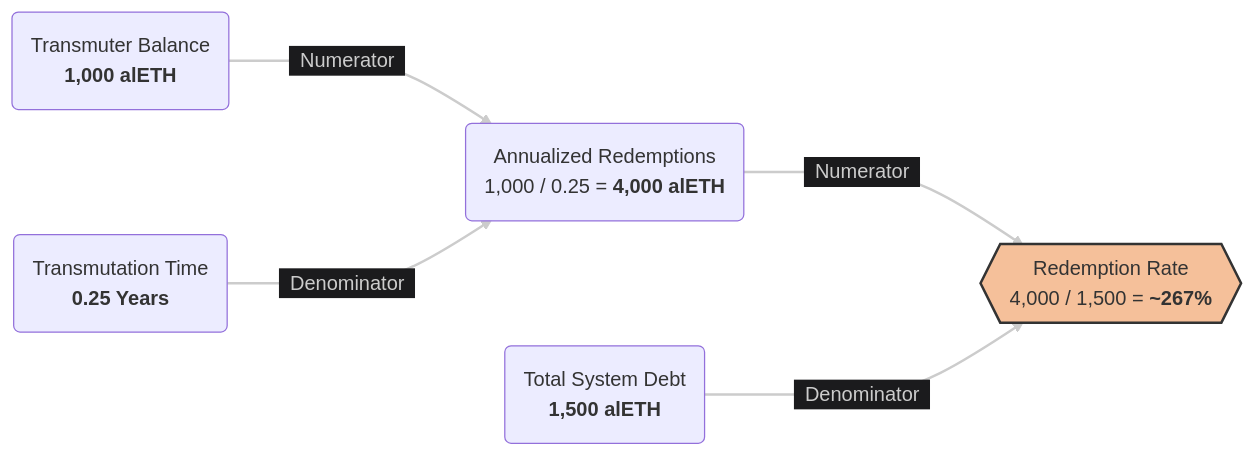
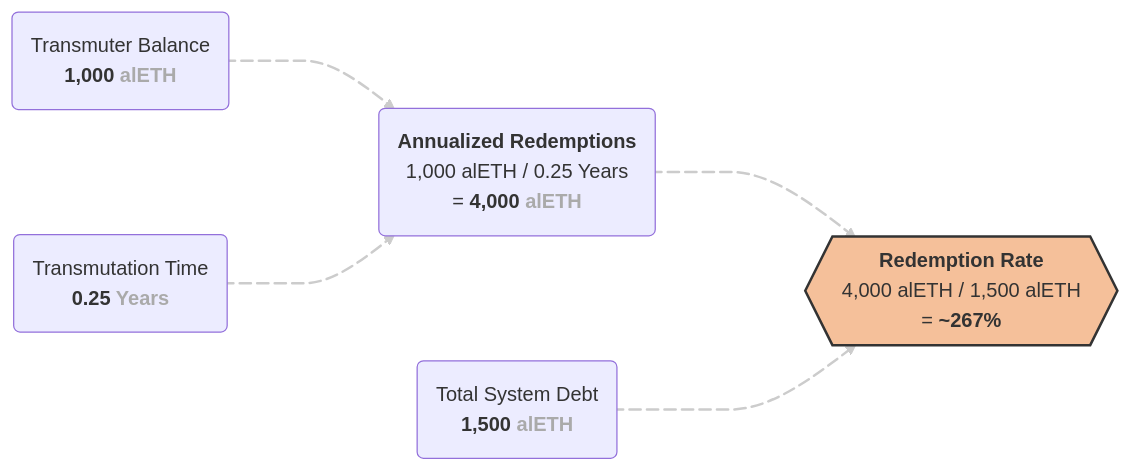
Before and after one commit to alchemix-finance/alchemix-v3-docs: the second of 3 diagrams in docs/user/concepts/redemption-rate.md, drawn with Mermaid. The commit also changed other lines of this file and 8 other files, not shown here.

````diff
--- a/docs/user/concepts/redemption-rate.md
+++ b/docs/user/concepts/redemption-rate.md
@@ -81,27 +77,31 @@
 ```mermaid
 %%{init: {
-  'themeVariables': { 'fontFamily': 'Montserrat', 'edgeLabelBackground':'#1b1b1d',     'tertiaryColor': '#1b1b1d' },
+  'themeVariables': { 'fontFamily': 'Montserrat'},
   'flowchart': {
       'curve': 'monotoneX',
       'nodeSpacing': 100,
-      'rankSpacing': 80
+      'rankSpacing': 120
   }
 }}%%
 flowchart LR
     %% Nodes
-    A(Transmuter Balance<br/><b>1,000 alETH</b>)
-    B(Transmutation Time<br/><b>0.25 Years</b>)
-    C(Total System Debt<br/><b>1,500 alETH</b>)
-    D(Annualized Redemptions<br/>1,000 / 0.25 = <b>4,000 alETH</b>)
-    E{{Redemption Rate<br/>4,000 / 1,500 = <b>~267%</b>}}
+    A(Transmuter Balance<br/><b>1,000 <span style='color:#aaa'>alETH</span></b>)
+    B(Transmutation Time<br/><b>0.25 <span style='color:#aaa'>Years</span></b>)
+    C(Total System Debt<br/><b>1,500 <span style='color:#aaa'>alETH</span></b>)
+    D(<b>Annualized Redemptions</b><br/>1,000 alETH / 0.25 Years<br/>= <b>4,000 <span style='color:#aaa'>alETH</span></b>)
+    E{{<b>Redemption Rate</b><br/>4,000 alETH / 1,500 alETH<br/>= <b>~267%</b>}}
 
     %% Logic
-    A --> |&nbsp;&nbsp;Numerator&nbsp;&nbsp;| D
-    B --> |&nbsp;&nbsp;Denominator&nbsp;&nbsp;| D
-    D --> |&nbsp;&nbsp;Numerator&nbsp;&nbsp;| E
-    C --> |&nbsp;&nbsp;Denominator&nbsp;&nbsp;| E
+    A e1@--> D
+    B e2@--> D
+    D e3@==> E
+    C e4@--> E
 
-    %% Styling
+    %% Styling / Ani
     style E fill:#f5c09a,stroke:#333,stroke-width:2px,color:#333
     linkStyle 0,1,2,3 stroke:#ccc,stroke-width:2px,color:#ccc
+    e1@{ animation: slow }
+    e2@{ animation: slow }
+    e3@{ animation: fast }
+    e4@{ animation: slow }
 ```
````
